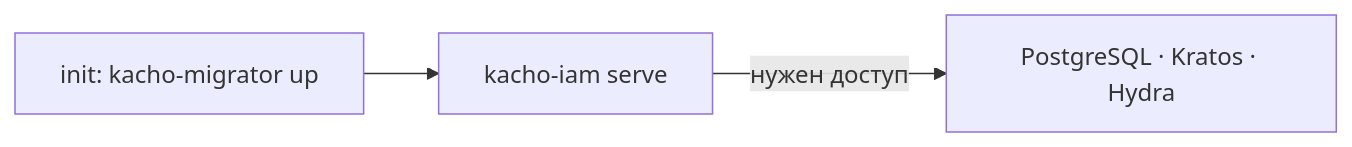
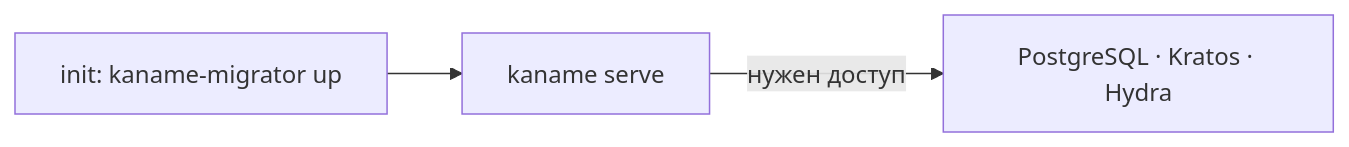
Before and after one commit to PRO-Robotech/kacho: the diagram in services/iam/docs/content/install/deploy.mdx, drawn with Mermaid. The commit also changed other lines of this file and 5005 other files, not shown here.

````diff
--- a/services/iam/docs/content/install/deploy.mdx
+++ b/services/iam/docs/content/install/deploy.mdx
@@ -47,5 +47,5 @@
 ```mermaid
 flowchart LR
-  mig["init: kacho-migrator up"] --> app["kacho-iam serve"]
+  mig["init: kaname-migrator up"] --> app["kaname serve"]
   app -->|"нужен доступ"| deps["PostgreSQL · Kratos · Hydra"]
 ```
````
